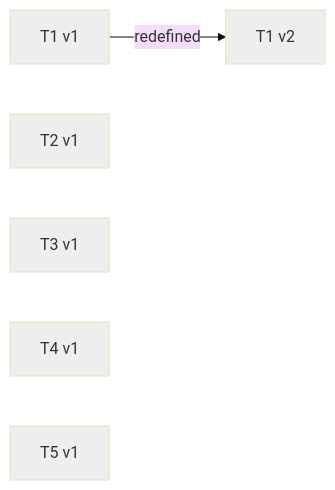
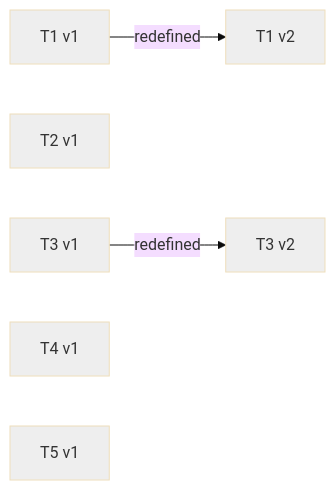
One commit to Curry09/OpenAgents changed diagram 31 of 31 in docs/specs/OVERVIEW.md. Above: the diagram before and after it, drawn with Mermaid (base theme). The commit also changed 2 other files, not shown here.

Commit message:
docs: refine RFC for PR #61 per review

````diff
--- a/docs/specs/OVERVIEW.md
+++ b/docs/specs/OVERVIEW.md
@@ -721,17 +721,20 @@
 ```mermaid
 graph LR
     v_T1_1["T1 v1"]
     v_T1_2["T1 v2"]
     v_T1_1 -->|redefined| v_T1_2
     v_T2_1["T2 v1"]
     v_T3_1["T3 v1"]
+    v_T3_2["T3 v2"]
+    v_T3_1 -->|redefined| v_T3_2
     v_T4_1["T4 v1"]
     v_T5_1["T5 v1"]
     classDef st_pending fill:#eeeeee;
     class v_T1_1 st_pending;
     class v_T1_2 st_pending;
     class v_T2_1 st_pending;
     class v_T3_1 st_pending;
+    class v_T3_2 st_pending;
     class v_T4_1 st_pending;
     class v_T5_1 st_pending;
 ```
````
